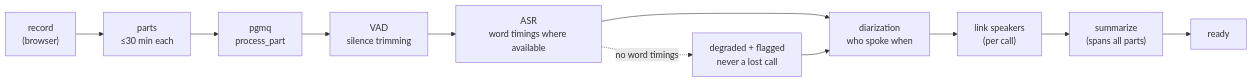
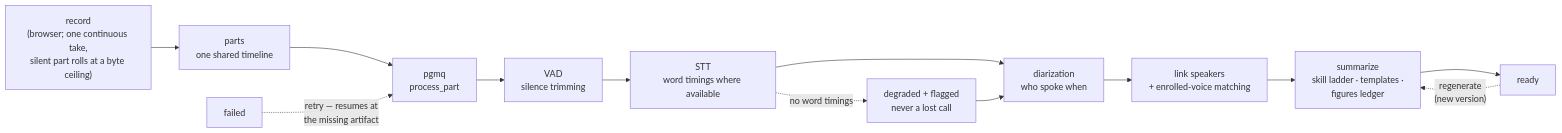
One commit to Dr-Bagheri/MVP changed the second of 2 diagrams in README.md. Above: the diagram before and after it, drawn with Mermaid. The commit also changed other lines of this file and 13 other files, not shown here.

````diff
--- a/README.md
+++ b/README.md
@@ -164,14 +98,16 @@
 ```mermaid
 flowchart LR
-    REC["record<br/>(browser)"] --> P["parts<br/>≤30 min each"]
+    REC["record<br/>(browser; one continuous take,<br/>silent part rolls at a byte ceiling)"] --> P["parts<br/>one shared timeline"]
     P --> Q["pgmq<br/>process_part"]
     Q --> V["VAD<br/>silence trimming"]
-    V --> A["ASR<br/>word timings where available"]
+    V --> A["STT<br/>word timings where available"]
     A --> D["diarization<br/>who spoke when"]
-    D --> LS["link speakers<br/>(per call)"]
-    LS --> SUM["summarize<br/>(spans all parts)"]
+    D --> LS["link speakers<br/>+ enrolled-voice matching"]
+    LS --> SUM["summarize<br/>skill ladder · templates ·<br/>figures ledger"]
     SUM --> R["ready"]
 
     A -. "no word timings" .-> DEG["degraded + flagged<br/>never a lost call"]
     DEG --> D
+    R -. "regenerate<br/>(new version)" .-> SUM
+    FAIL["failed"] -. "retry — resumes at<br/>the missing artifact" .-> Q
 ```
````
